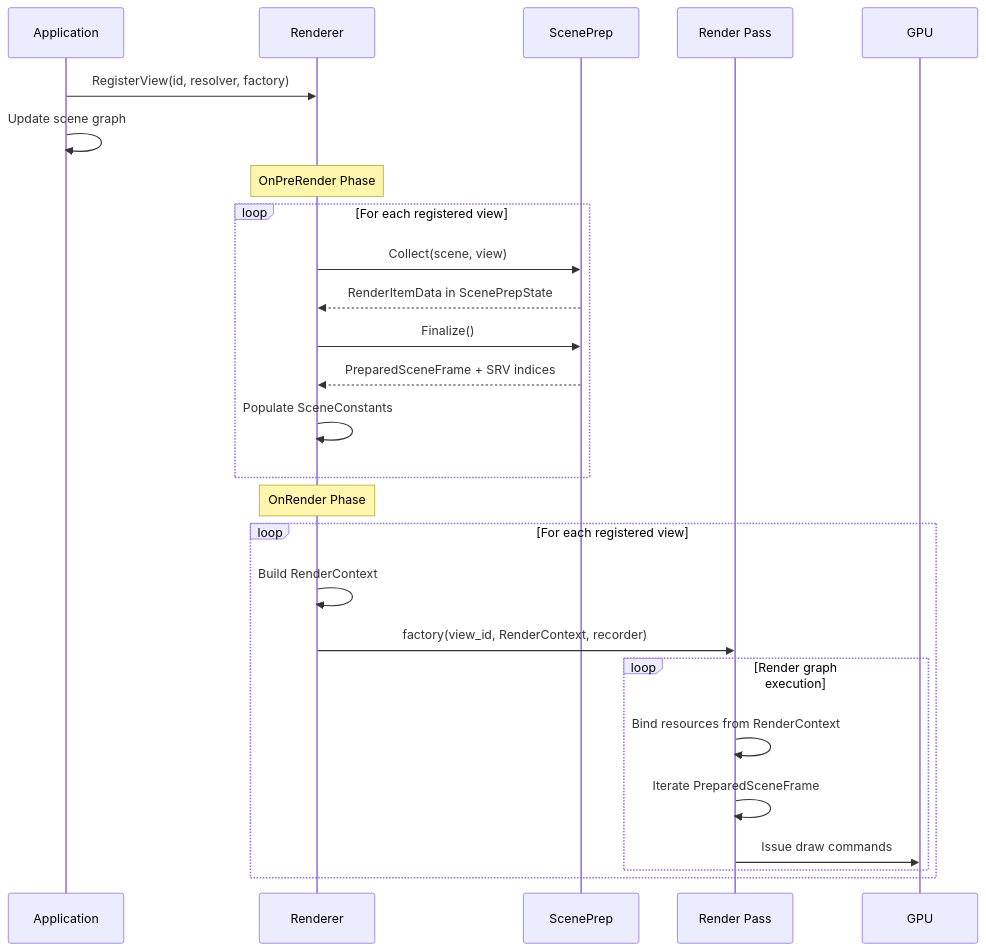
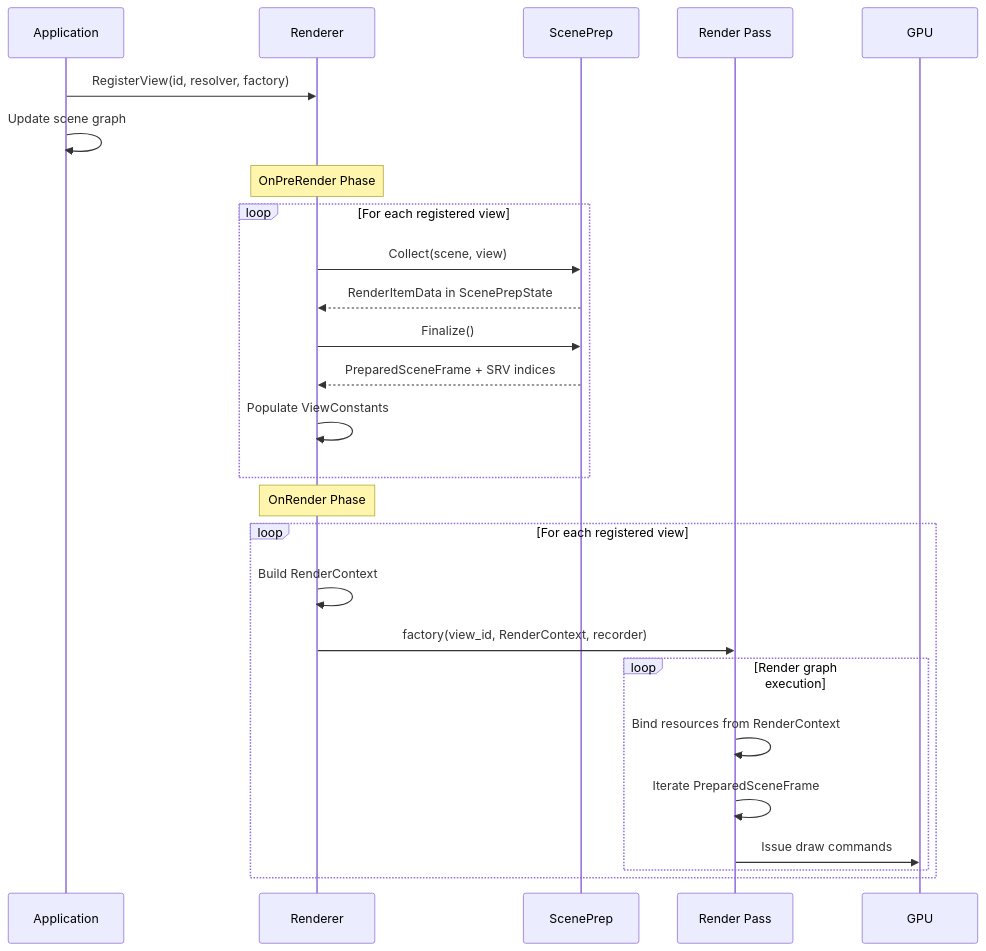
Before and after one commit to abdes/DroidNet: the sixth of 6 diagrams in projects/Oxygen.Engine/src/Oxygen/Renderer/Docs/passes/data_flow.md, drawn with Mermaid. The commit also changed other lines of this file and 77 other files, not shown here.

First line of the commit message:
refactor(rndr): replace SceneConstants with ViewConstants

````diff
--- a/projects/Oxygen.Engine/src/Oxygen/Renderer/Docs/passes/data_flow.md
+++ b/projects/Oxygen.Engine/src/Oxygen/Renderer/Docs/passes/data_flow.md
@@ -358,30 +360,30 @@
 ```mermaid
 sequenceDiagram
     participant App as Application
     participant Renderer
     participant ScenePrep
     participant Pass as Render Pass
 
     App->>Renderer: RegisterView(id, resolver, factory)
     App->>App: Update scene graph
 
     Note over Renderer: OnPreRender Phase
     loop For each registered view
         Renderer->>ScenePrep: Collect(scene, view)
         ScenePrep-->>Renderer: RenderItemData in ScenePrepState
         Renderer->>ScenePrep: Finalize()
         ScenePrep-->>Renderer: PreparedSceneFrame + SRV indices
-        Renderer->>Renderer: Populate SceneConstants
+        Renderer->>Renderer: Populate ViewConstants
     end
 
     Note over Renderer: OnRender Phase
     loop For each registered view
         Renderer->>Renderer: Build RenderContext
         Renderer->>Pass: factory(view_id, RenderContext, recorder)
         loop Render graph execution
             Pass->>Pass: Bind resources from RenderContext
             Pass->>Pass: Iterate PreparedSceneFrame
             Pass->>GPU: Issue draw commands
         end
     end
 ```
````
